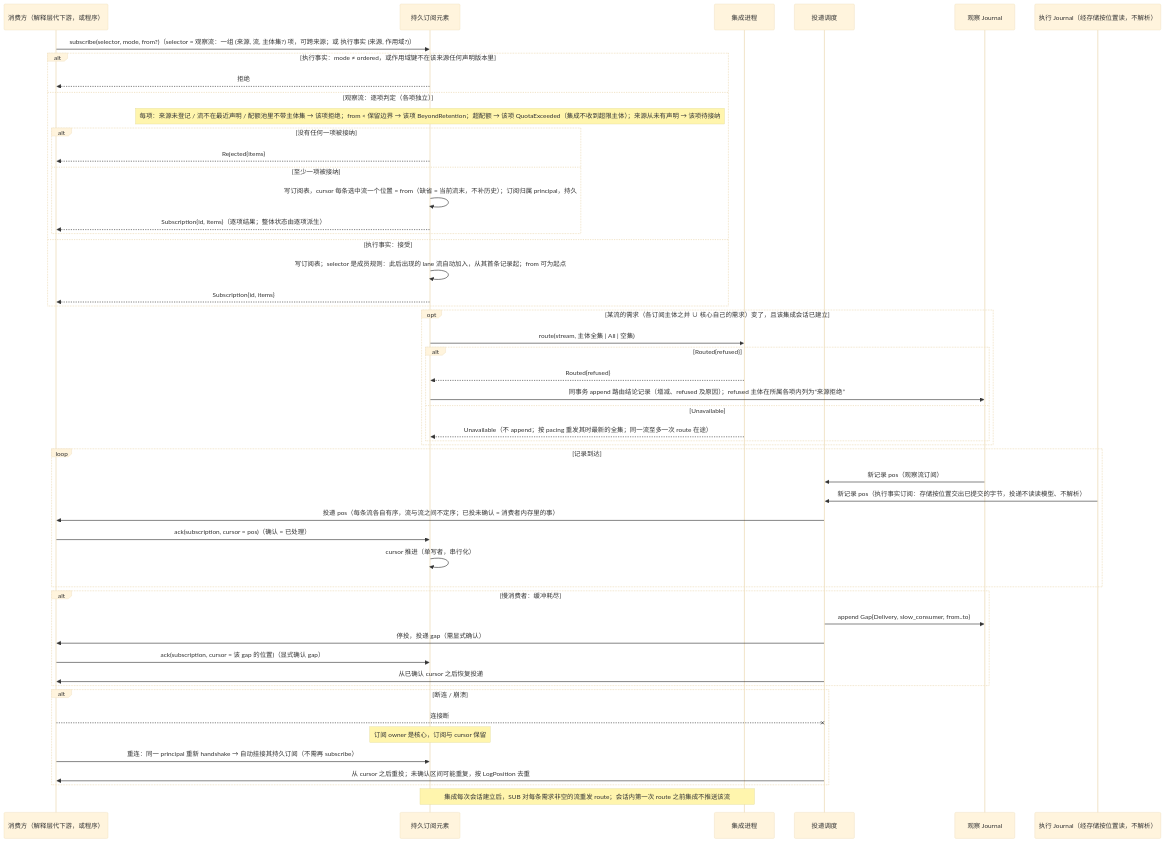
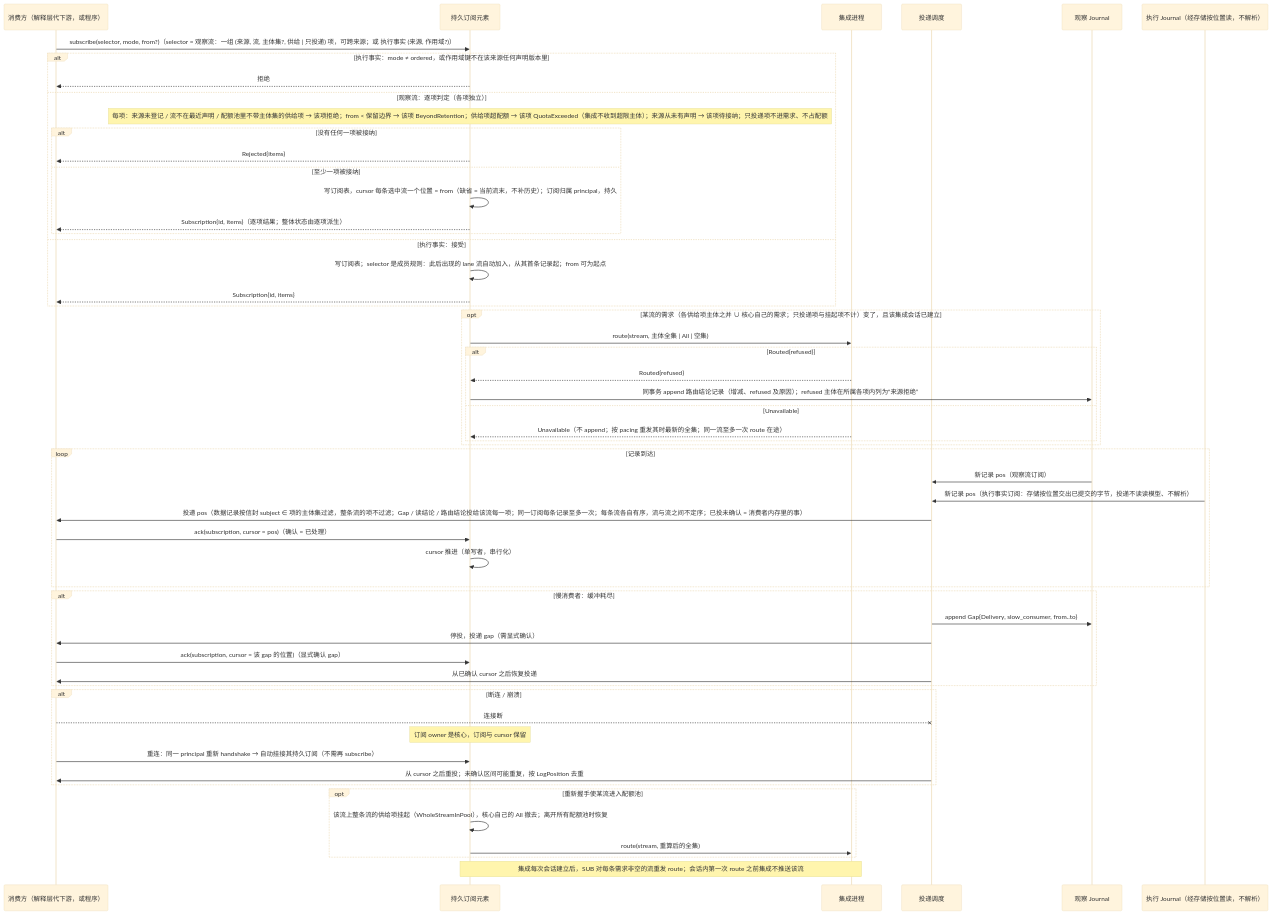
One commit to mouriya-s-lab/uta changed the fifth of 6 diagrams in design/diagrams/03-observation-ingest.md. Above: the diagram before and after it, drawn with Mermaid (base theme). The commit also changed other lines of this file and 9 other files, not shown here.

Commit message:
design: subject-scoped delivery and delivery-only items, Pending with instance_id, backfill trigger and origin provability, orders completeness bound shape, stale health at startup, quota-pool transition, route demand from supply items

````diff
--- a/design/diagrams/03-observation-ingest.md
+++ b/design/diagrams/03-observation-ingest.md
@@ -123,53 +125,57 @@
 ```mermaid
 sequenceDiagram
   participant C as 消费方（解释层代下游，或程序）
   participant SUB as 持久订阅元素
   participant I as 集成进程
   participant DL as 投递调度
   participant J as 观察 Journal
   participant EJ as 执行 Journal（经存储按位置读，不解析）
-  C->>SUB: subscribe(selector, mode, from?)（selector = 观察流：一组 (来源, 流, 主体集?) 项，可跨来源；或 执行事实 (来源, 作用域?)）
+  C->>SUB: subscribe(selector, mode, from?)（selector = 观察流：一组 (来源, 流, 主体集?, 供给 | 只投递) 项，可跨来源；或 执行事实 (来源, 作用域?)）
   alt 执行事实：mode ≠ ordered，或作用域键不在该来源任何声明版本里
     SUB-->>C: 拒绝
   else 观察流：逐项判定（各项独立）
-    Note over SUB: 每项：来源未登记 / 流不在最近声明 / 配额池里不带主体集 → 该项拒绝；from < 保留边界 → 该项 BeyondRetention；超配额 → 该项 QuotaExceeded（集成不收到超限主体）；来源从未有声明 → 该项待接纳
+    Note over SUB: 每项：来源未登记 / 流不在最近声明 / 配额池里不带主体集的供给项 → 该项拒绝；from < 保留边界 → 该项 BeyondRetention；供给项超配额 → 该项 QuotaExceeded（集成不收到超限主体）；来源从未有声明 → 该项待接纳；只投递项不进需求、不占配额
     alt 没有任何一项被接纳
       SUB-->>C: Rejected{items}
     else 至少一项被接纳
       SUB->>SUB: 写订阅表，cursor 每条选中流一个位置 = from（缺省 = 当前流末，不补历史）；订阅归属 principal，持久
       SUB-->>C: Subscription{id, items}（逐项结果；整体状态由逐项派生）
     end
   else 执行事实：接受
     SUB->>SUB: 写订阅表；selector 是成员规则：此后出现的 lane 流自动加入，从其首条记录起；from 可为起点
     SUB-->>C: Subscription{id, items}
   end
-  opt 某流的需求（各订阅主体之并 ∪ 核心自己的需求）变了，且该集成会话已建立
+  opt 某流的需求（各供给项主体之并 ∪ 核心自己的需求；只投递项与挂起项不计）变了，且该集成会话已建立
     SUB->>I: route(stream, 主体全集 | All | 空集)
     alt Routed{refused}
       I-->>SUB: Routed{refused}
       SUB->>J: 同事务 append 路由结论记录（增减、refused 及原因）；refused 主体在所属各项内列为“来源拒绝”
     else Unavailable
       I-->>SUB: Unavailable（不 append；按 pacing 重发其时最新的全集；同一流至多一次 route 在途）
     end
   end
   loop 记录到达
     J->>DL: 新记录 pos（观察流订阅）
     EJ->>DL: 新记录 pos（执行事实订阅：存储按位置交出已提交的字节，投递不读读模型、不解析）
-    DL->>C: 投递 pos（每条流各自有序，流与流之间不定序；已投未确认 = 消费者内存里的事）
+    DL->>C: 投递 pos（数据记录按信封 subject ∈ 项的主体集过滤，整条流的项不过滤；Gap / 读结论 / 路由结论投给该流每一项；同一订阅每条记录至多一次；每条流各自有序，流与流之间不定序；已投未确认 = 消费者内存里的事）
     C->>SUB: ack(subscription, cursor = pos)（确认 = 已处理）
     SUB->>SUB: cursor 推进（单写者，串行化）
   end
   alt 慢消费者：缓冲耗尽
     DL->>J: append Gap{Delivery, slow_consumer, from..to}
     DL->>C: 停投，投递 gap（需显式确认）
     C->>SUB: ack(subscription, cursor = 该 gap 的位置)（显式确认 gap）
     DL->>C: 从已确认 cursor 之后恢复投递
   end
   alt 断连 / 崩溃
     C--xDL: 连接断
     Note over SUB: 订阅 owner 是核心，订阅与 cursor 保留
     C->>SUB: 重连：同一 principal 重新 handshake → 自动挂接其持久订阅（不需再 subscribe）
     DL->>C: 从 cursor 之后重投；未确认区间可能重复，按 LogPosition 去重
   end
+  opt 重新握手使某流进入配额池
+    SUB->>SUB: 该流上整条流的供给项挂起（WholeStreamInPool），核心自己的 All 撤去；离开所有配额池时恢复
+    SUB->>I: route(stream, 重算后的全集)
+  end
   Note over SUB,I: 集成每次会话建立后，SUB 对每条需求非空的流重发 route；会话内第一次 route 之前集成不推送该流
 ```
````
